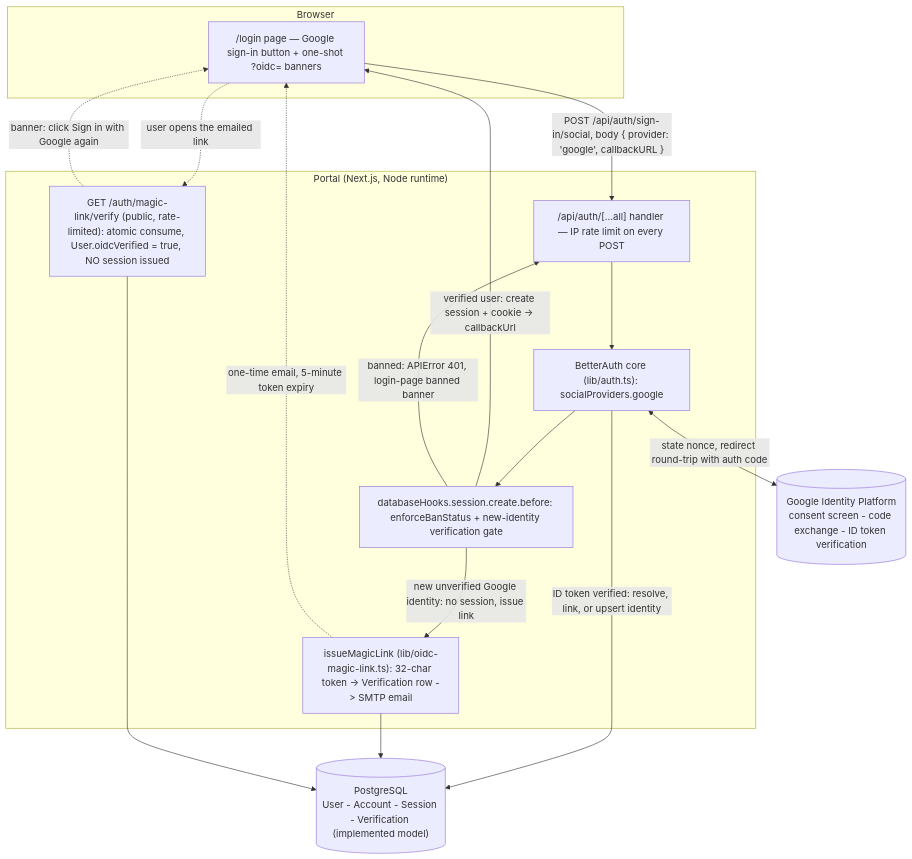
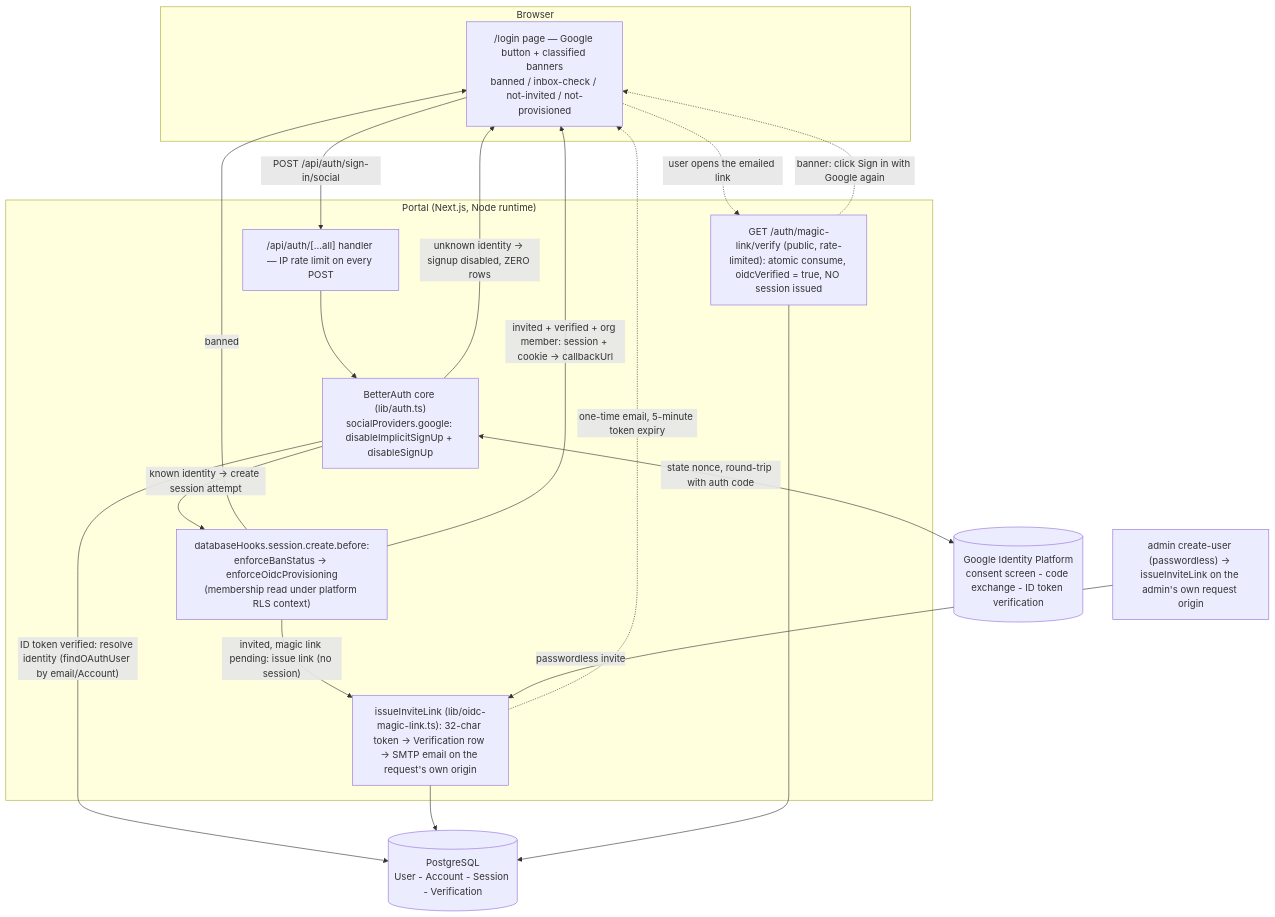
One commit to johnlynas/nipp changed the second of 10 diagrams in ARCHITECTURE.md. Above: the diagram before and after it, drawn with Mermaid. The commit also changed other lines of this file and 31 other files, not shown here.

First line of the commit message:
feat(auth): bearer-token remote access + invite-only Google OIDC door & host-independent fixes (#32)

````diff
--- a/ARCHITECTURE.md
+++ b/ARCHITECTURE.md
@@ -241,33 +248,35 @@
 ```mermaid
 flowchart TB
     subgraph Browser["Browser"]
-        LP["/login page — Google sign-in button + one-shot ?oidc= banners"]
+        LP["/login page — Google button + classified banners<br/>banned / inbox-check / not-invited / not-provisioned"]
     end
 
     subgraph Portal["Portal (Next.js, Node runtime)"]
         RT["/api/auth/[...all] handler — IP rate limit on every POST"]
-        BA["BetterAuth core (lib/auth.ts): socialProviders.google"]
-        GATE["databaseHooks.session.create.before: enforceBanStatus + new-identity verification gate"]
-        ML["issueMagicLink (lib/oidc-magic-link.ts): 32-char token -> Verification row -> SMTP email"]
-        VR["GET /auth/magic-link/verify (public, rate-limited): atomic consume, User.oidcVerified = true, NO session issued"]
+        BA["BetterAuth core (lib/auth.ts)<br/>socialProviders.google: disableImplicitSignUp + disableSignUp"]
+        GATE["databaseHooks.session.create.before:<br/>enforceBanStatus → enforceOidcProvisioning<br/>(membership read under platform RLS context)"]
+        ML["issueInviteLink (lib/oidc-magic-link.ts): 32-char token → Verification row → SMTP email on the request's own origin"]
+        VR["GET /auth/magic-link/verify (public, rate-limited): atomic consume, oidcVerified = true, NO session issued"]
     end
 
     GOO[("Google Identity Platform<br/>consent screen - code exchange - ID token verification")]
-    DB[("PostgreSQL<br/>User - Account - Session - Verification (implemented model)")]
+    DB[("PostgreSQL<br/>User - Account - Session - Verification")]
+    ADMIN["admin create-user (passwordless) → issueInviteLink on the admin's own request origin"]
 
-    LP -- "POST /api/auth/sign-in/social, body { provider: 'google', callbackURL }" --> RT
+    LP -- "POST /api/auth/sign-in/social" --> RT
     RT --> BA
-    BA <-->|"state nonce, redirect round-trip with auth code"| GOO
-    BA -- "ID token verified: resolve, link, or upsert identity" --> DB
-    BA --> GATE
-    GATE -- "verified user: create session + cookie -> callbackUrl" --> LP
-    GATE -- "banned: APIError 401, login-page banned banner" --> RT
-    GATE -- "new unverified Google identity: no session, issue link" --> ML
+    BA <-->|"state nonce, round-trip with auth code"| GOO
+    BA -- "ID token verified: resolve identity (findOAuthUser by email/Account)" --> DB
+    BA -- "unknown identity → signup disabled, ZERO rows" --> LP
+    BA -- "known identity → create session attempt" --> GATE
+    GATE -- "banned" --> LP
+    GATE -- "invited, magic link pending: issue link (no session)" --> ML
     ML --> DB
     ML -. "one-time email, 5-minute token expiry" .-> LP
     LP -. "user opens the emailed link" .-> VR
     VR --> DB
     VR -. "banner: click Sign in with Google again" .-> LP
+    GATE -- "invited + verified + org member: session + cookie → callbackUrl" --> LP
 
-    linkStyle default interpolate spline;
+    ADMIN -- "passwordless invite" --> ML
 ```
````
